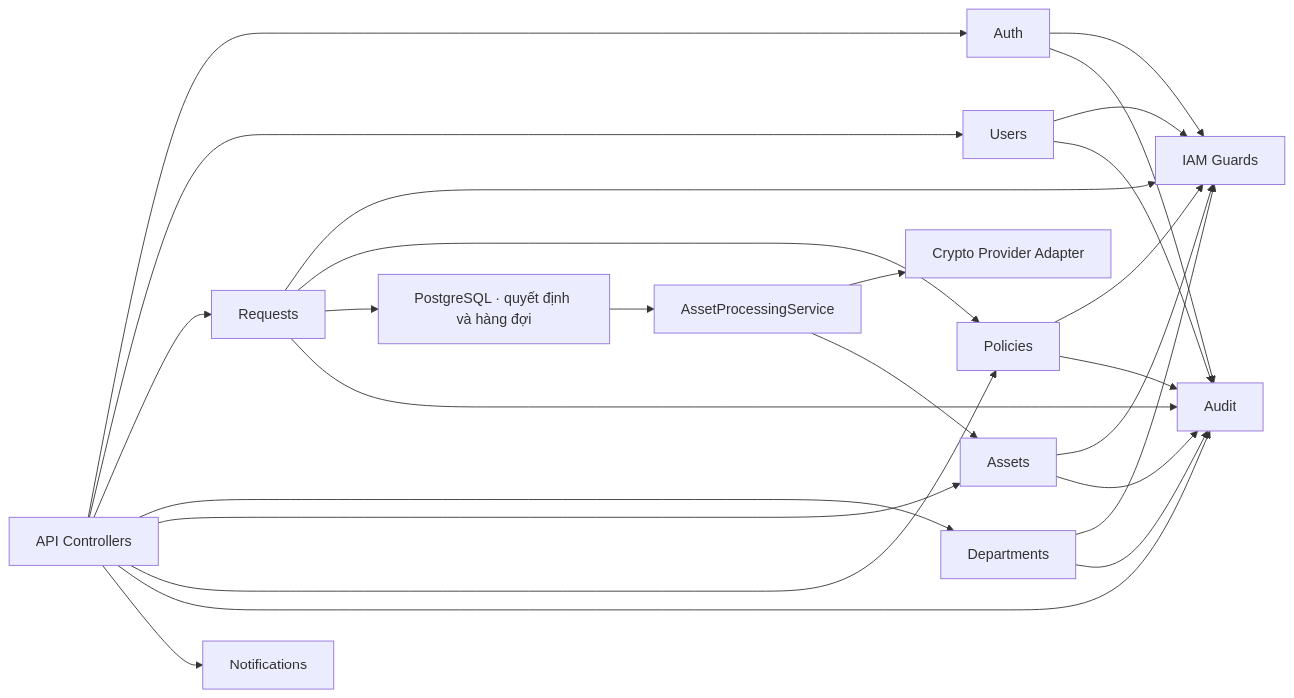
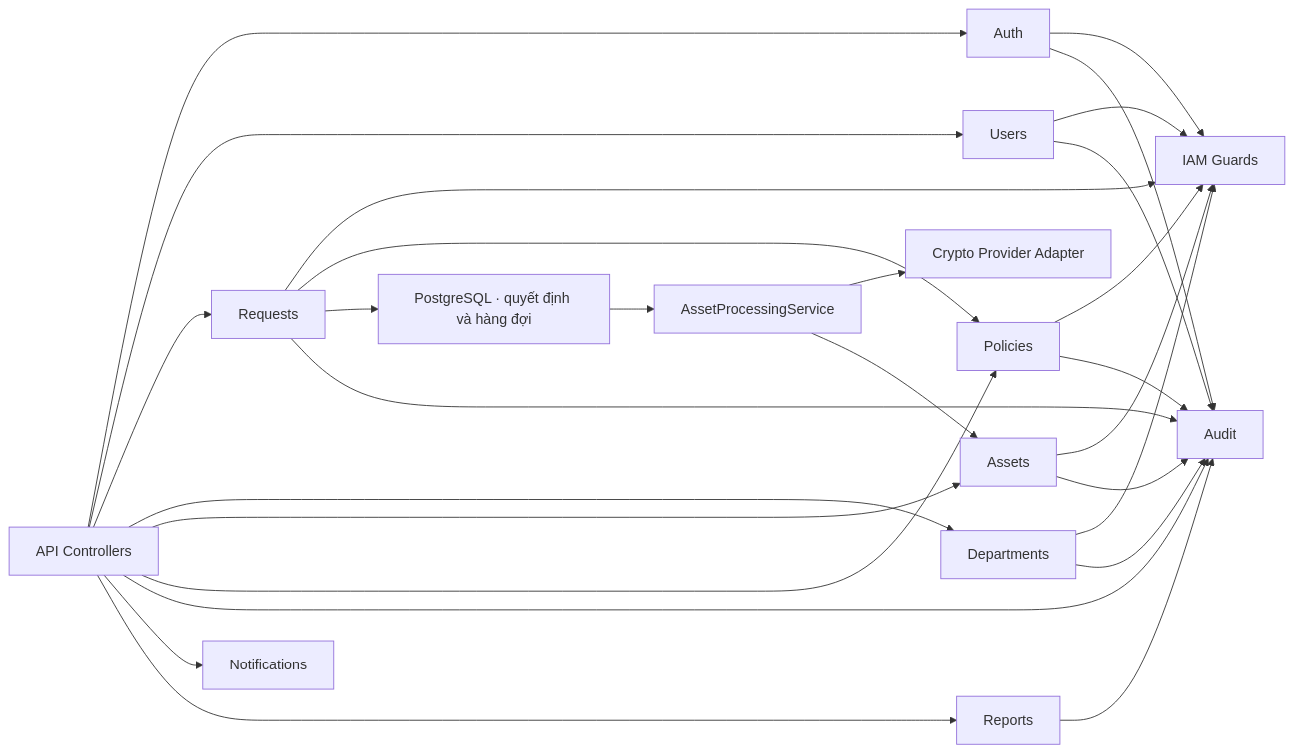
Before and after one commit to Eyblcat12/Cryta: the third of 7 diagrams in 02_so_do_he_thong_tong_quat.md, drawn with Mermaid. The commit also changed other lines of this file and 11 other files, not shown here.

Commit message:
docs(handoff): refresh demo and architecture for schema 027

````diff
--- a/02_so_do_he_thong_tong_quat.md
+++ b/02_so_do_he_thong_tong_quat.md
@@ -133,31 +122,33 @@
 ```mermaid
 flowchart LR
     API["API Controllers"] --> AUTH["Auth"]
     API --> USERS["Users"]
     API --> REQUESTS["Requests"]
     API --> DEPARTMENTS["Departments"]
     API --> ASSETS["Assets"]
     API --> POLICIES["Policies"]
     API --> AUDIT["Audit"]
     API --> NOTIFICATIONS["Notifications"]
+    API --> REPORTS["Reports"]
 
     AUTH --> IAM["IAM Guards"]
     USERS --> IAM
     REQUESTS --> IAM
     DEPARTMENTS --> IAM
     ASSETS --> IAM
     POLICIES --> IAM
 
     REQUESTS --> POLICIES
     REQUESTS --> OUTBOX["PostgreSQL · quyết định và hàng đợi"]
     OUTBOX --> WORKER["AssetProcessingService"]
     WORKER --> PROVIDER["Crypto Provider Adapter"]
     WORKER --> ASSETS
 
     AUTH --> AUDIT
     USERS --> AUDIT
     REQUESTS --> AUDIT
     DEPARTMENTS --> AUDIT
     ASSETS --> AUDIT
     POLICIES --> AUDIT
+    REPORTS --> AUDIT
 ```
````
